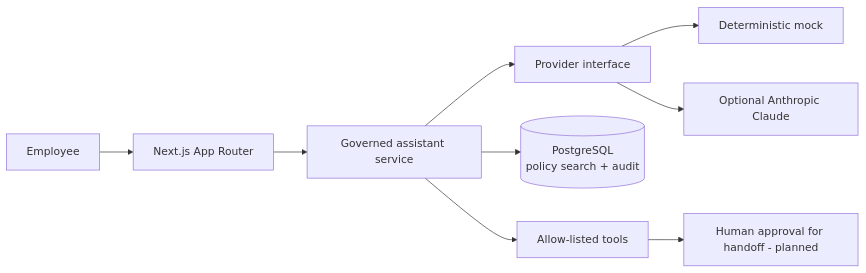
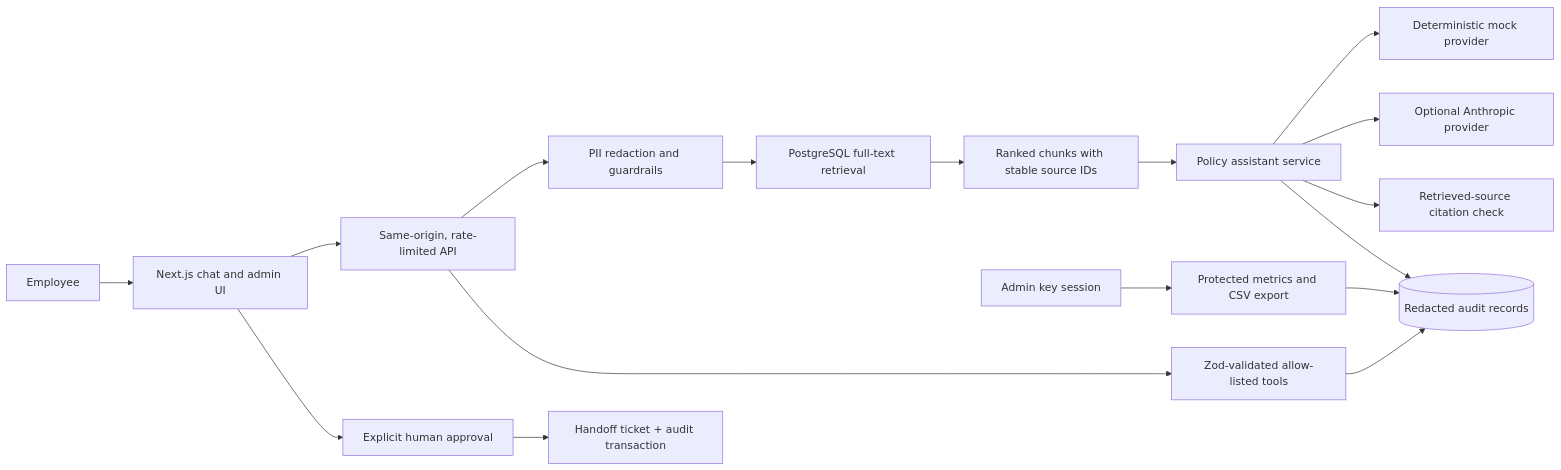
One commit to LubosGit1/Governed-Policy-Agent changed the diagram in README.md. Above: the diagram before and after it, drawn with Mermaid. The commit also changed other lines of this file and 36 other files, not shown here.

````diff
--- a/README.md
+++ b/README.md
@@ -31,11 +41,19 @@
 ```mermaid
 flowchart LR
-    Employee --> Web[Next.js App Router]
-    Web --> Assistant[Governed assistant service]
-    Assistant --> Provider[Provider interface]
-    Provider --> Mock[Deterministic mock]
-    Provider --> Claude[Optional Anthropic Claude]
-    Assistant --> DB[(PostgreSQL\npolicy search + audit)]
-    Assistant --> Tools[Allow-listed tools]
-    Tools --> Approval[Human approval for handoff - planned]
+    Employee --> UI[Next.js chat and admin UI]
+    UI --> API[Same-origin, rate-limited API]
+    API --> Guard[PII redaction and guardrails]
+    Guard --> Retrieval[PostgreSQL full-text retrieval]
+    Retrieval --> Chunks[Ranked chunks with stable source IDs]
+    Chunks --> Service[Policy assistant service]
+    Service --> Mock[Deterministic mock provider]
+    Service --> Claude[Optional Anthropic provider]
+    Service --> CitationCheck[Retrieved-source citation check]
+    Service --> Audit[(Redacted audit records)]
+    UI --> Approval[Explicit human approval]
+    Approval --> Handoff[Handoff ticket + audit transaction]
+    API --> Tools[Zod-validated allow-listed tools]
+    Tools --> Audit
+    Admin[Admin key session] --> Metrics[Protected metrics and CSV export]
+    Metrics --> Audit
 ```
````
